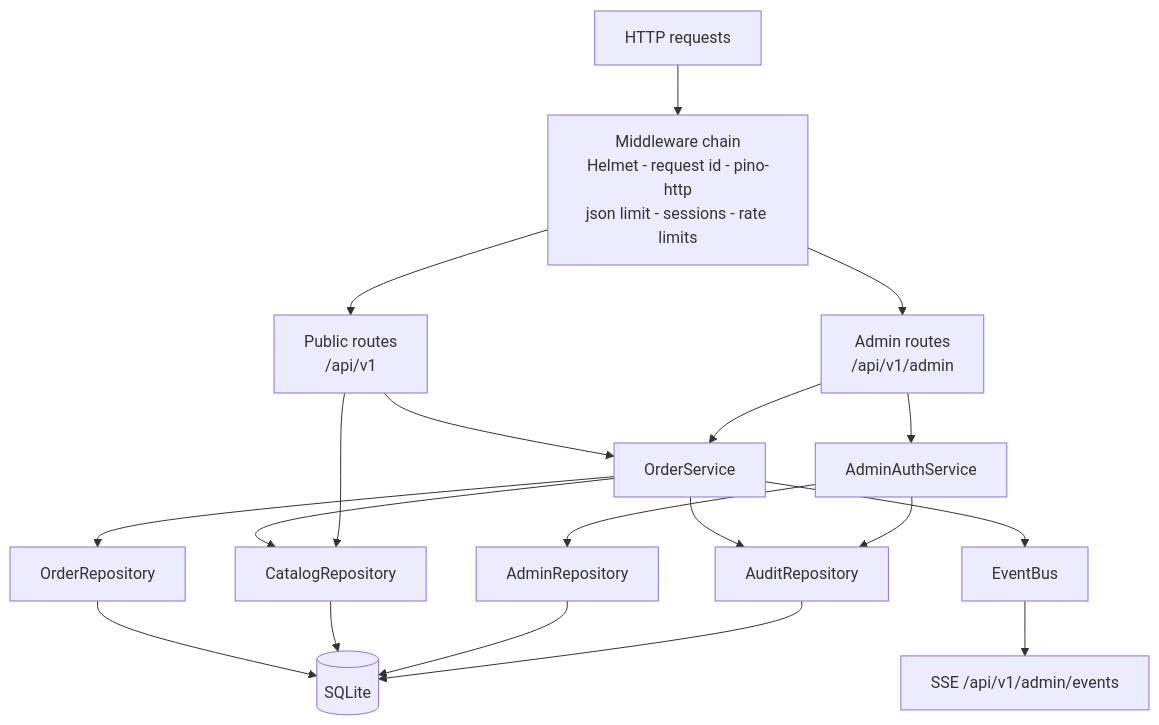
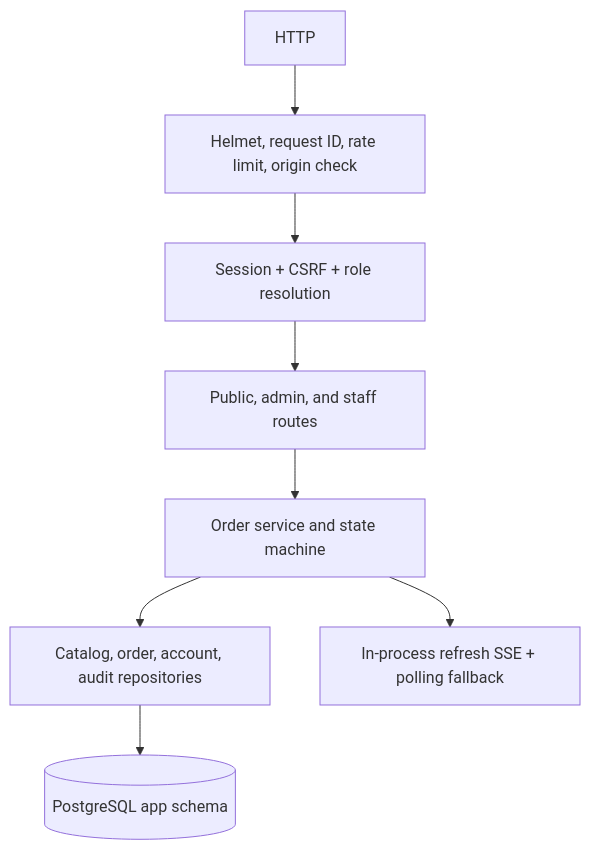
The second of 2 diagrams in docs/ARCHITECTURE.md (ace444081/kiosk), drawn with Mermaid before and after one commit. The commit also changed other lines of this file and 41 other files, not shown here.

````diff
--- a/docs/ARCHITECTURE.md
+++ b/docs/ARCHITECTURE.md
@@ -45,21 +40,10 @@
 ```mermaid
 flowchart TD
-    HTTP[HTTP requests] --> MW[Middleware chain<br/>Helmet - request id - pino-http<br/>json limit - sessions - rate limits]
-    MW --> R1[Public routes<br/>/api/v1]
-    MW --> R2[Admin routes<br/>/api/v1/admin]
-    R1 --> OS[OrderService]
-    R2 --> OS
-    R2 --> AS[AdminAuthService]
-    OS --> OR[OrderRepository]
-    OS --> CR[CatalogRepository]
-    AS --> AR[AdminRepository]
-    R1 --> CR
-    OS --> EB[EventBus]
-    EB --> SSE[SSE /api/v1/admin/events]
-    OR --> DB[(SQLite)]
-    CR --> DB
-    AR --> DB
-    AU[AuditRepository] --> DB
-    OS --> AU
-    AS --> AU
+  HTTP[HTTP] --> SEC[Helmet, request ID, rate limit, origin check]
+  SEC --> AUTH[Session + CSRF + role resolution]
+  AUTH --> ROUTES[Public, admin, and staff routes]
+  ROUTES --> SERVICE[Order service and state machine]
+  SERVICE --> REPOS[Catalog, order, account, audit repositories]
+  REPOS --> DB[(PostgreSQL app schema)]
+  SERVICE --> SSE[In-process refresh SSE + polling fallback]
 ```
````
